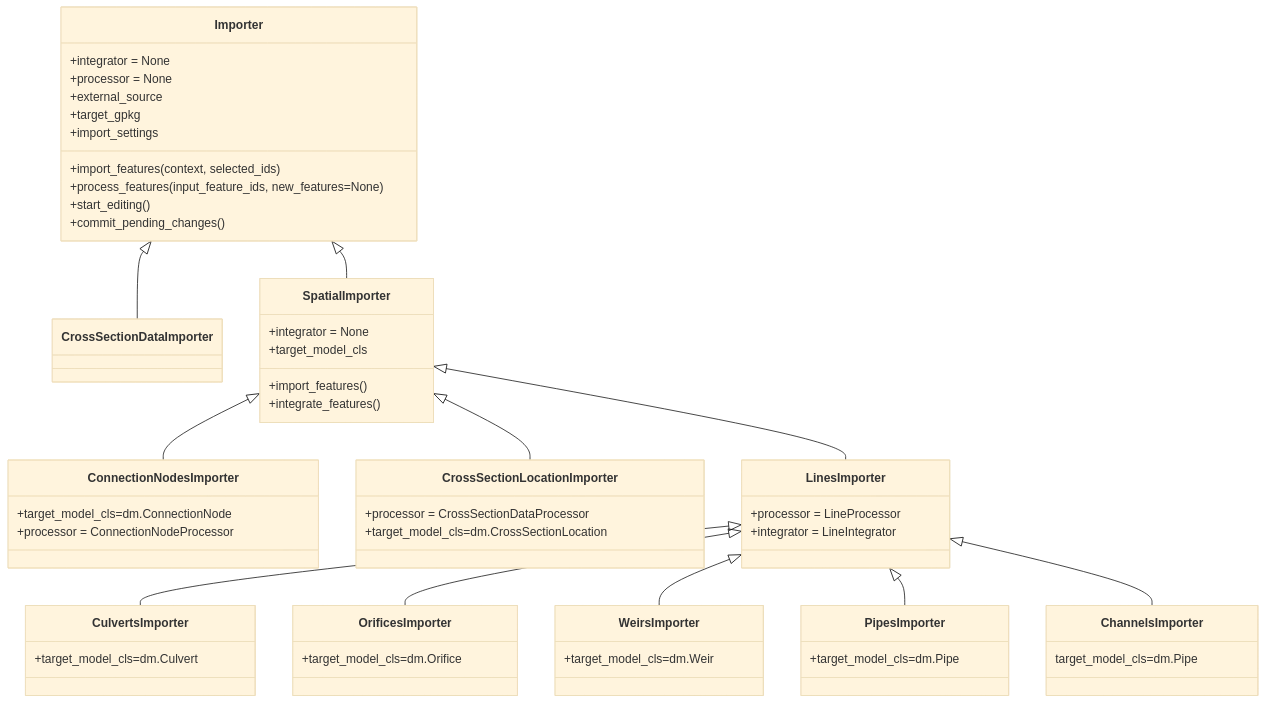
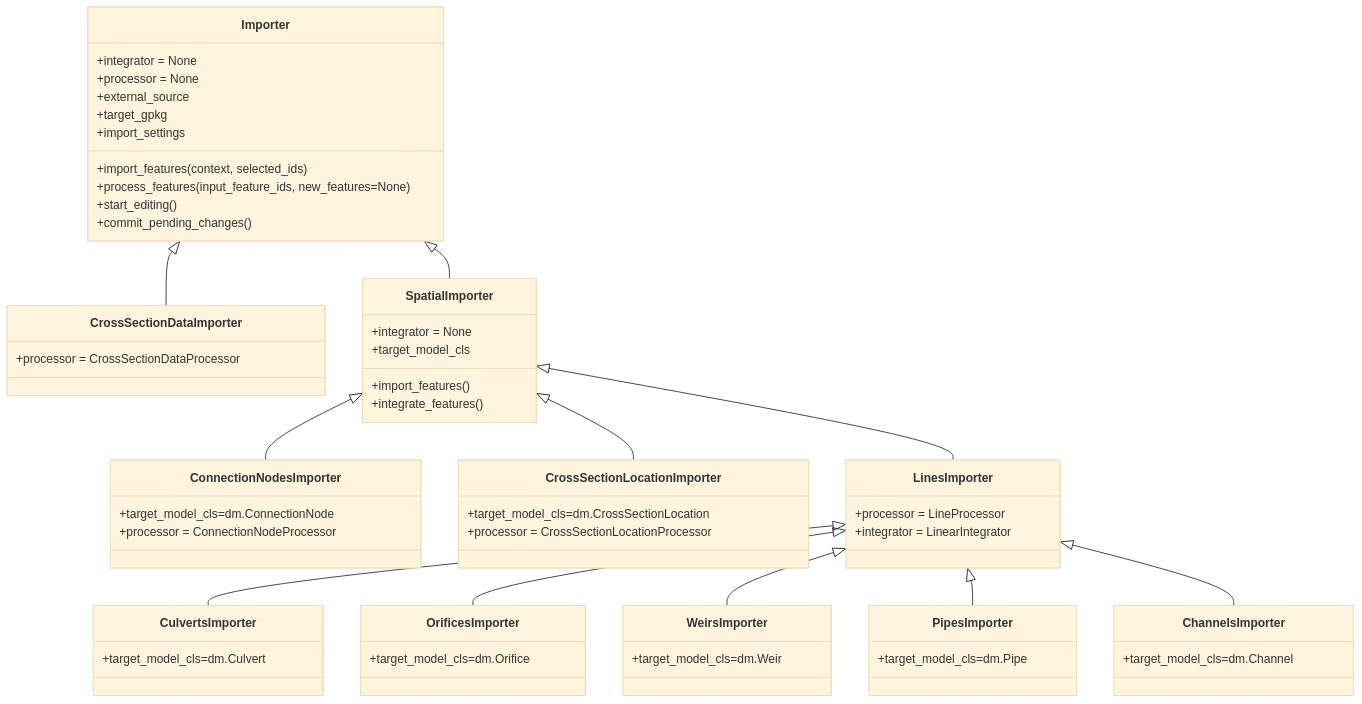
One commit to nens/threedi-schematisation-editor changed the third of 4 diagrams in threedi_schematisation_editor/vector_data_importer/DESIGN.md. Above: the diagram before and after it, drawn with Mermaid (base theme). The commit also changed other lines of this file and 1 other file, not shown here.

````diff
--- a/threedi_schematisation_editor/vector_data_importer/DESIGN.md
+++ b/threedi_schematisation_editor/vector_data_importer/DESIGN.md
@@ -7,72 +118,72 @@
 ```mermaid
 classDiagram
     Importer <|-- CrossSectionDataImporter
     Importer <|-- SpatialImporter
     SpatialImporter <|-- ConnectionNodesImporter
     SpatialImporter <|-- CrossSectionLocationImporter
     SpatialImporter <|-- LinesImporter
     LinesImporter <|-- CulvertsImporter
     LinesImporter <|-- OrificesImporter
     LinesImporter <|-- WeirsImporter
     LinesImporter <|-- PipesImporter
     LinesImporter <|-- ChannelsImporter
 
     class Importer {
         +integrator = None
         +processor = None
         +external_source
         +target_gpkg
         +import_settings       
         +import_features(context, selected_ids)
         +process_features(input_feature_ids, new_features=None)
         +start_editing()
         +commit_pending_changes()
     }
 
-    class CrossSectionLocationImporter{
+    class CrossSectionDataImporter{
         +processor = CrossSectionDataProcessor
     }
 
     class SpatialImporter {
         +integrator = None
         +target_model_cls
         +import_features()
         +integrate_features()
     }
 
     class ConnectionNodesImporter {
         +target_model_cls=dm.ConnectionNode
         +processor = ConnectionNodeProcessor
     }
 
     class CrossSectionLocationImporter {
         +target_model_cls=dm.CrossSectionLocation
+        +processor = CrossSectionLocationProcessor
     }
 
     class LinesImporter {
         +processor = LineProcessor
-        +integrator = LineIntegrator
+        +integrator = LinearIntegrator
     }
 
     class CulvertsImporter {
         +target_model_cls=dm.Culvert
     }
 
     class OrificesImporter {
         +target_model_cls=dm.Orifice
     }
     
     class WeirsImporter {
         +target_model_cls=dm.Weir
     }
     
     class PipesImporter {
         +target_model_cls=dm.Pipe
     }    
     
     class ChannelsImporter {
-        target_model_cls=dm.Pipe
+        +target_model_cls=dm.Channel
     }        
-    
 
 ```
````
